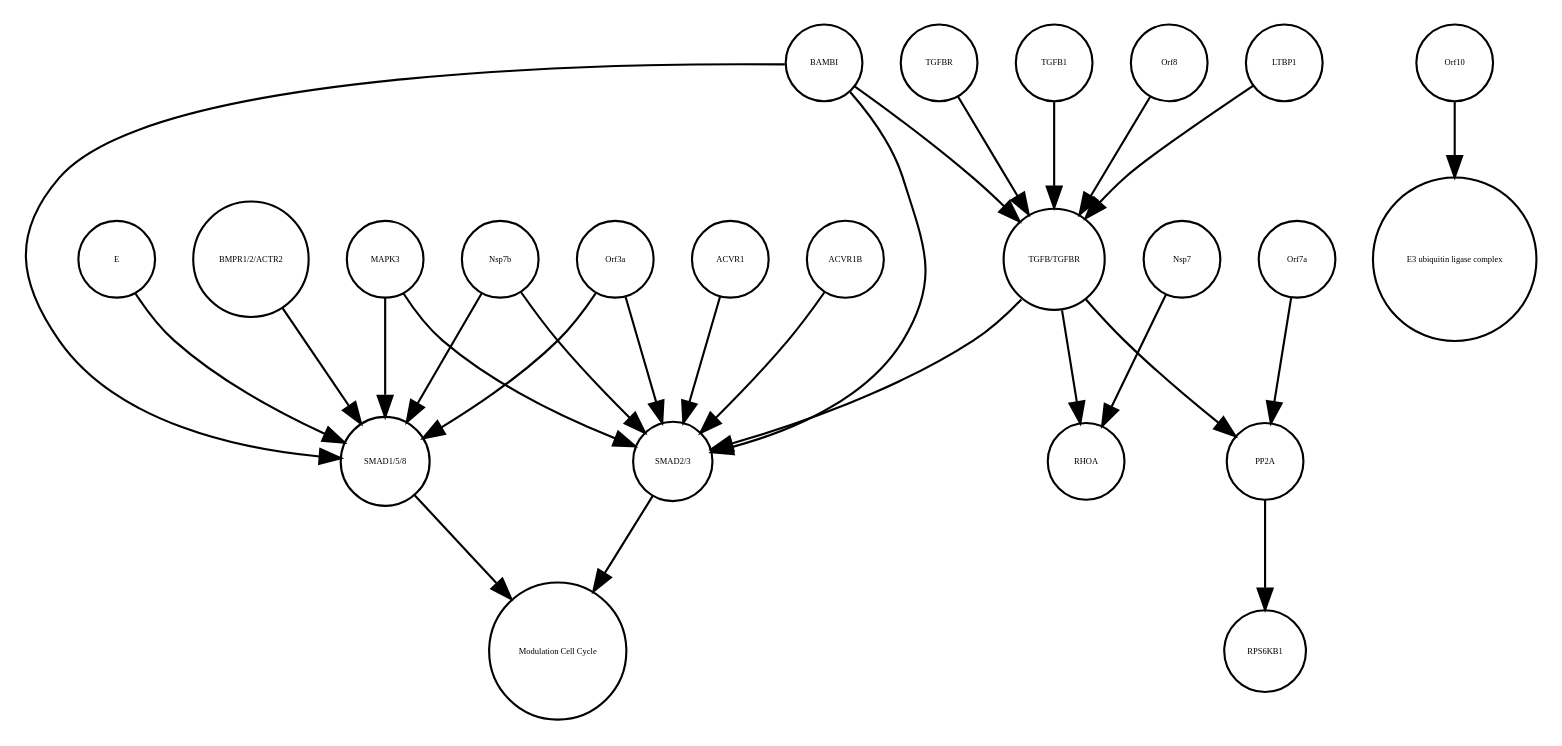
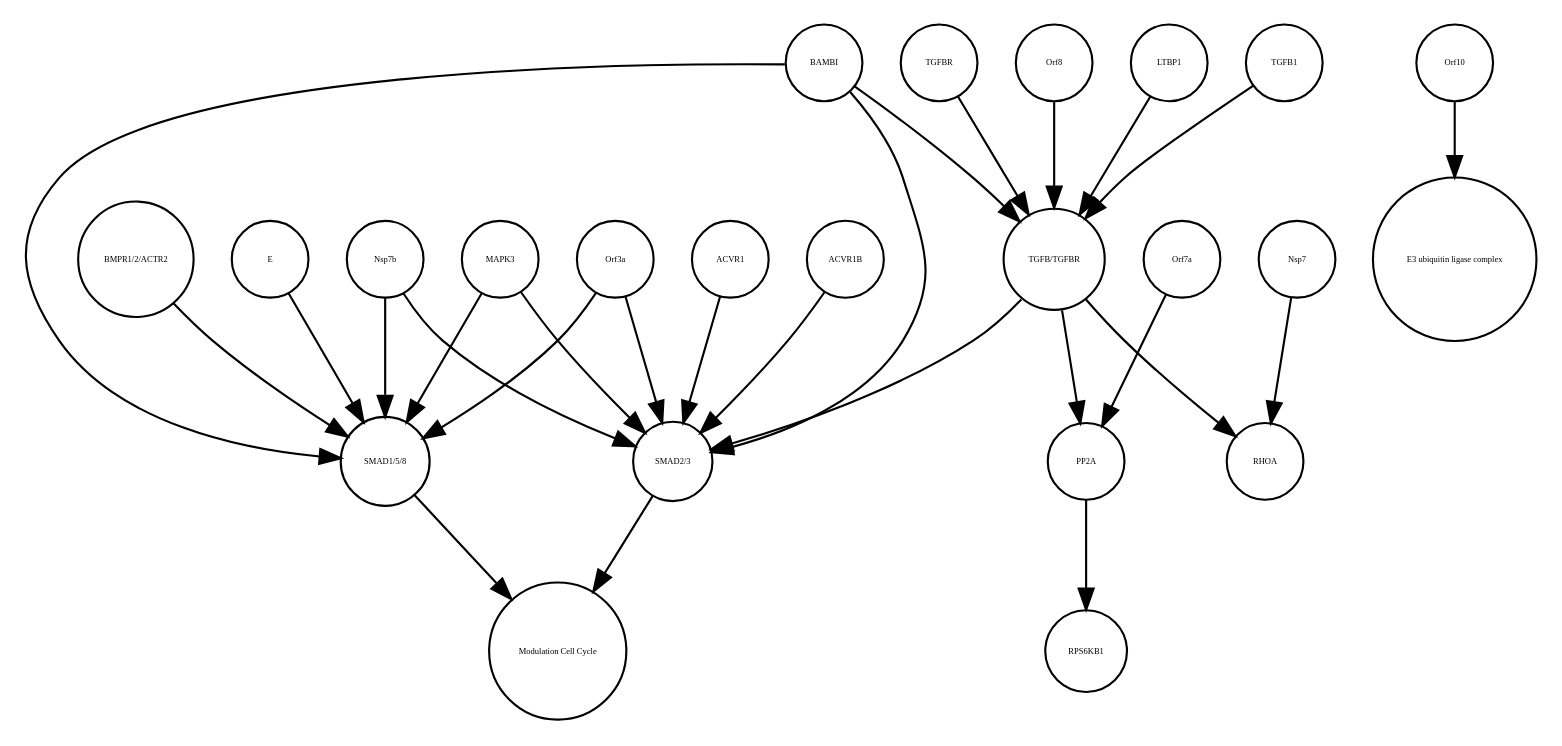
Before and after one commit to cannin/covid19-sbgn: the diagram in TGFB_pathway_stable.xml_projected.dot, drawn with Graphviz. The commit also changed other lines of this file and 613 other files, not shown here.

```diff
--- a/TGFB_pathway_stable.xml_projected.dot
+++ b/TGFB_pathway_stable.xml_projected.dot
@@ -1,51 +1,51 @@
 strict digraph  {
 "SMAD1/5/8" [annotation="", bipartite=0, cls=complex, fontsize=4, label="SMAD1/5/8", shape=circle];
 "Modulation Cell Cycle" [annotation="", bipartite=0, cls=phenotype, fontsize=4, label="Modulation Cell Cycle", shape=circle];
 "SMAD2/3" [annotation="", bipartite=0, cls=complex, fontsize=4, label="SMAD2/3", shape=circle];
+Orf8 [annotation="urn_miriam_uniprot_Q80H93|urn_miriam_uniprot_Q7TFA0", bipartite=0, cls=macromolecule, fontsize=4, label=Orf8, shape=circle];
+RPS6KB1 [annotation="", bipartite=0, cls=macromolecule, fontsize=4, label=RPS6KB1, shape=circle];
+ACVR1 [annotation="", bipartite=0, cls=macromolecule, fontsize=4, label=ACVR1, shape=circle];
+LTBP1 [annotation="", bipartite=0, cls=macromolecule, fontsize=4, label=LTBP1, shape=circle];
+Nsp7b [annotation=urn_miriam_uniprot_Q7TFA1, bipartite=0, cls=macromolecule, fontsize=4, label=Nsp7b, shape=circle];
+PP2A [annotation="", bipartite=0, cls=complex, fontsize=4, label=PP2A, shape=circle];
+MAPK3 [annotation="", bipartite=0, cls=macromolecule, fontsize=4, label=MAPK3, shape=circle];
+Orf7a [annotation=urn_miriam_uniprot_P59635, bipartite=0, cls=macromolecule, fontsize=4, label=Orf7a, shape=circle];
 TGFB1 [annotation="", bipartite=0, cls=macromolecule, fontsize=4, label=TGFB1, shape=circle];
-ACVR1 [annotation="", bipartite=0, cls=macromolecule, fontsize=4, label=ACVR1, shape=circle];
+Orf10 [annotation=urn_miriam_ncbiprotein_BCD58762, bipartite=0, cls=macromolecule, fontsize=4, label=Orf10, shape=circle];
+RHOA [annotation="", bipartite=0, cls=macromolecule, fontsize=4, label=RHOA, shape=circle];
 ACVR1B [annotation="", bipartite=0, cls=macromolecule, fontsize=4, label=ACVR1B, shape=circle];
 BAMBI [annotation="", bipartite=0, cls=macromolecule, fontsize=4, label=BAMBI, shape=circle];
+"BMPR1/2/ACTR2" [annotation="", bipartite=0, cls=complex, fontsize=4, label="BMPR1/2/ACTR2", shape=circle];
+TGFBR [annotation="", bipartite=0, cls=complex, fontsize=4, label=TGFBR, shape=circle];
+Orf3a [annotation=urn_miriam_uniprot_P59632, bipartite=0, cls=macromolecule, fontsize=4, label=Orf3a, shape=circle];
+"TGFB/TGFBR" [annotation="", bipartite=0, cls=complex, fontsize=4, label="TGFB/TGFBR", shape=circle];
 E [annotation=urn_miriam_uniprot_P59637, bipartite=0, cls=macromolecule, fontsize=4, label=E, shape=circle];
 "E3 ubiquitin ligase complex" [annotation="", bipartite=0, cls=complex, fontsize=4, label="E3 ubiquitin ligase complex", shape=circle];
-"BMPR1/2/ACTR2" [annotation="", bipartite=0, cls=complex, fontsize=4, label="BMPR1/2/ACTR2", shape=circle];
-MAPK3 [annotation="", bipartite=0, cls=macromolecule, fontsize=4, label=MAPK3, shape=circle];
-Orf8 [annotation="urn_miriam_uniprot_Q80H93|urn_miriam_uniprot_Q7TFA0", bipartite=0, cls=macromolecule, fontsize=4, label=Orf8, shape=circle];
-Nsp7b [annotation=urn_miriam_uniprot_Q7TFA1, bipartite=0, cls=macromolecule, fontsize=4, label=Nsp7b, shape=circle];
-RPS6KB1 [annotation="", bipartite=0, cls=macromolecule, fontsize=4, label=RPS6KB1, shape=circle];
-RHOA [annotation="", bipartite=0, cls=macromolecule, fontsize=4, label=RHOA, shape=circle];
-Orf7a [annotation=urn_miriam_uniprot_P59635, bipartite=0, cls=macromolecule, fontsize=4, label=Orf7a, shape=circle];
-Orf3a [annotation=urn_miriam_uniprot_P59632, bipartite=0, cls=macromolecule, fontsize=4, label=Orf3a, shape=circle];
 Nsp7 [annotation=urn_miriam_uniprot_Q7TFA1, bipartite=0, cls=macromolecule, fontsize=4, label=Nsp7, shape=circle];
-"TGFB/TGFBR" [annotation="", bipartite=0, cls=complex, fontsize=4, label="TGFB/TGFBR", shape=circle];
-LTBP1 [annotation="", bipartite=0, cls=macromolecule, fontsize=4, label=LTBP1, shape=circle];
-Orf10 [annotation=urn_miriam_ncbiprotein_BCD58762, bipartite=0, cls=macromolecule, fontsize=4, label=Orf10, shape=circle];
-PP2A [annotation="", bipartite=0, cls=complex, fontsize=4, label=PP2A, shape=circle];
-TGFBR [annotation="", bipartite=0, cls=complex, fontsize=4, label=TGFBR, shape=circle];
 "SMAD1/5/8" -> "Modulation Cell Cycle"  [annotation="", interaction_type=stimulation];
 "SMAD2/3" -> "Modulation Cell Cycle"  [annotation="", interaction_type=stimulation];
+Orf8 -> "TGFB/TGFBR"  [annotation="urn_miriam_doi_10.1101%2F2020.06.17.156455", interaction_type=stimulation];
+ACVR1 -> "SMAD2/3"  [annotation="urn_miriam_doi_10.1101%2F2020.06.17.156455", interaction_type=catalysis];
+LTBP1 -> "TGFB/TGFBR"  [annotation="urn_miriam_doi_10.1101%2F2020.06.17.156455", interaction_type=inhibition];
+Nsp7b -> "SMAD2/3"  [annotation="urn_miriam_doi_10.1101%2F2020.06.17.156455", interaction_type=stimulation];
+Nsp7b -> "SMAD1/5/8"  [annotation="urn_miriam_doi_10.1101%2F2020.06.17.156455", interaction_type=stimulation];
+PP2A -> RPS6KB1  [annotation="", interaction_type=catalysis];
+MAPK3 -> "SMAD2/3"  [annotation="urn_miriam_doi_10.1101%2F2020.06.17.156455", interaction_type=inhibition];
+MAPK3 -> "SMAD1/5/8"  [annotation="urn_miriam_doi_10.1101%2F2020.06.17.156455", interaction_type=inhibition];
+Orf7a -> PP2A  [annotation="urn_miriam_doi_10.1101%2F2020.03.31.019216", interaction_type=stimulation];
 TGFB1 -> "TGFB/TGFBR"  [annotation="", interaction_type=production];
-ACVR1 -> "SMAD2/3"  [annotation="urn_miriam_doi_10.1101%2F2020.06.17.156455", interaction_type=catalysis];
+Orf10 -> "E3 ubiquitin ligase complex"  [annotation="", interaction_type=production];
 ACVR1B -> "SMAD2/3"  [annotation="urn_miriam_doi_10.1101%2F2020.06.17.156455", interaction_type=catalysis];
 BAMBI -> "SMAD2/3"  [annotation="urn_miriam_doi_10.1101%2F2020.06.17.156455", interaction_type=inhibition];
+BAMBI -> "TGFB/TGFBR"  [annotation="urn_miriam_doi_10.1101%2F2020.06.17.156455", interaction_type=inhibition];
 BAMBI -> "SMAD1/5/8"  [annotation="urn_miriam_doi_10.1101%2F2020.06.17.156455", interaction_type=inhibition];
-BAMBI -> "TGFB/TGFBR"  [annotation="urn_miriam_doi_10.1101%2F2020.06.17.156455", interaction_type=inhibition];
-E -> "SMAD1/5/8"  [annotation="urn_miriam_doi_10.1101%2F2020.06.17.156455", interaction_type=stimulation];
 "BMPR1/2/ACTR2" -> "SMAD1/5/8"  [annotation="urn_miriam_doi_10.1101%2F2020.06.17.156455", interaction_type=catalysis];
-MAPK3 -> "SMAD2/3"  [annotation="urn_miriam_doi_10.1101%2F2020.06.17.156455", interaction_type=inhibition];
-MAPK3 -> "SMAD1/5/8"  [annotation="urn_miriam_doi_10.1101%2F2020.06.17.156455", interaction_type=inhibition];
-Orf8 -> "TGFB/TGFBR"  [annotation="urn_miriam_doi_10.1101%2F2020.06.17.156455", interaction_type=stimulation];
-Nsp7b -> "SMAD2/3"  [annotation="urn_miriam_doi_10.1101%2F2020.06.17.156455", interaction_type=stimulation];
-Nsp7b -> "SMAD1/5/8"  [annotation="urn_miriam_doi_10.1101%2F2020.06.17.156455", interaction_type=stimulation];
-Orf7a -> PP2A  [annotation="urn_miriam_doi_10.1101%2F2020.03.31.019216", interaction_type=stimulation];
+TGFBR -> "TGFB/TGFBR"  [annotation="", interaction_type=production];
 Orf3a -> "SMAD2/3"  [annotation="urn_miriam_doi_10.1101%2F2020.06.17.156455", interaction_type=stimulation];
 Orf3a -> "SMAD1/5/8"  [annotation="urn_miriam_doi_10.1101%2F2020.06.17.156455", interaction_type=stimulation];
-Nsp7 -> RHOA  [annotation="urn_miriam_doi_10.1101%2F2020.06.17.156455", interaction_type=stimulation];
 "TGFB/TGFBR" -> RHOA  [annotation="urn_miriam_doi_10.1101%2F2020.06.17.156455", interaction_type=stimulation];
 "TGFB/TGFBR" -> "SMAD2/3"  [annotation="urn_miriam_doi_10.1101%2F2020.06.17.156455", interaction_type=stimulation];
 "TGFB/TGFBR" -> PP2A  [annotation="urn_miriam_doi_10.1101%2F2020.03.31.019216", interaction_type=stimulation];
-LTBP1 -> "TGFB/TGFBR"  [annotation="urn_miriam_doi_10.1101%2F2020.06.17.156455", interaction_type=inhibition];
-Orf10 -> "E3 ubiquitin ligase complex"  [annotation="", interaction_type=production];
-PP2A -> RPS6KB1  [annotation="", interaction_type=catalysis];
-TGFBR -> "TGFB/TGFBR"  [annotation="", interaction_type=production];
+E -> "SMAD1/5/8"  [annotation="urn_miriam_doi_10.1101%2F2020.06.17.156455", interaction_type=stimulation];
+Nsp7 -> RHOA  [annotation="urn_miriam_doi_10.1101%2F2020.06.17.156455", interaction_type=stimulation];
 }
```
